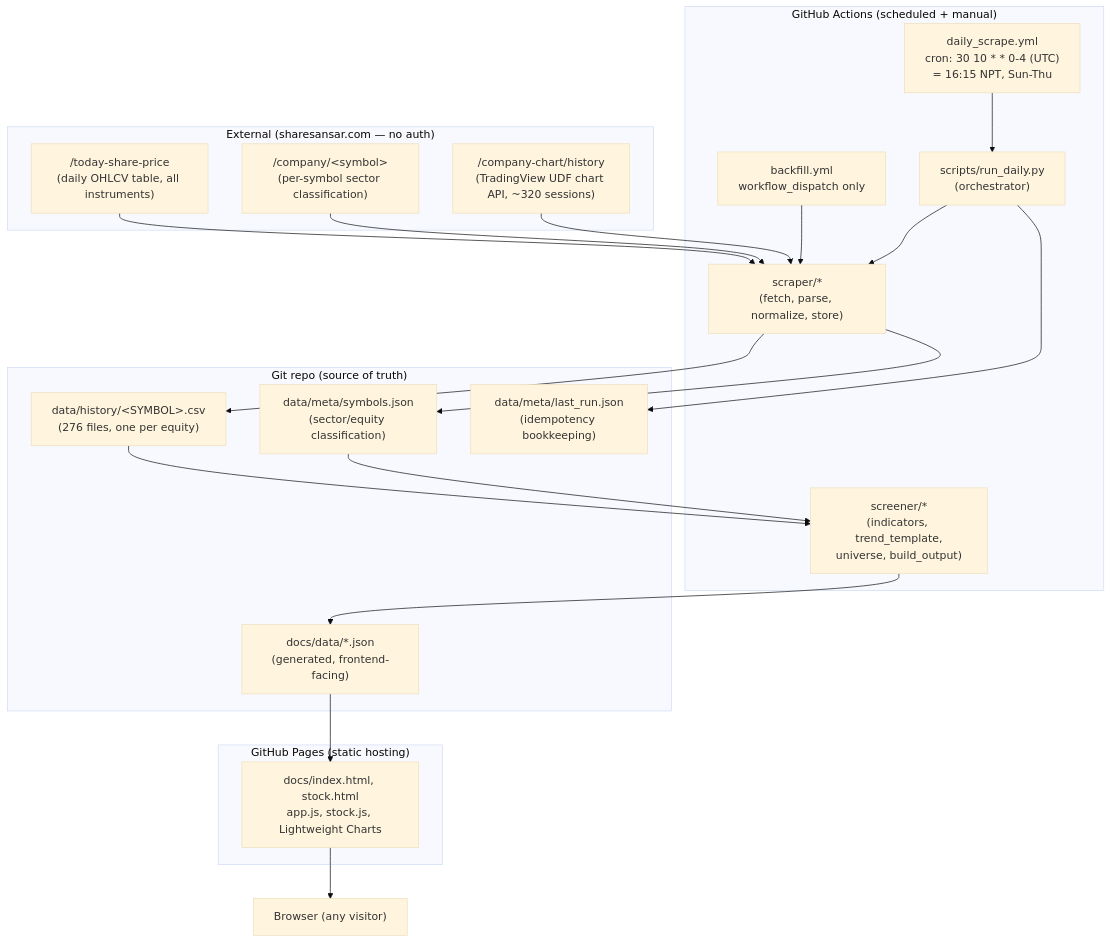
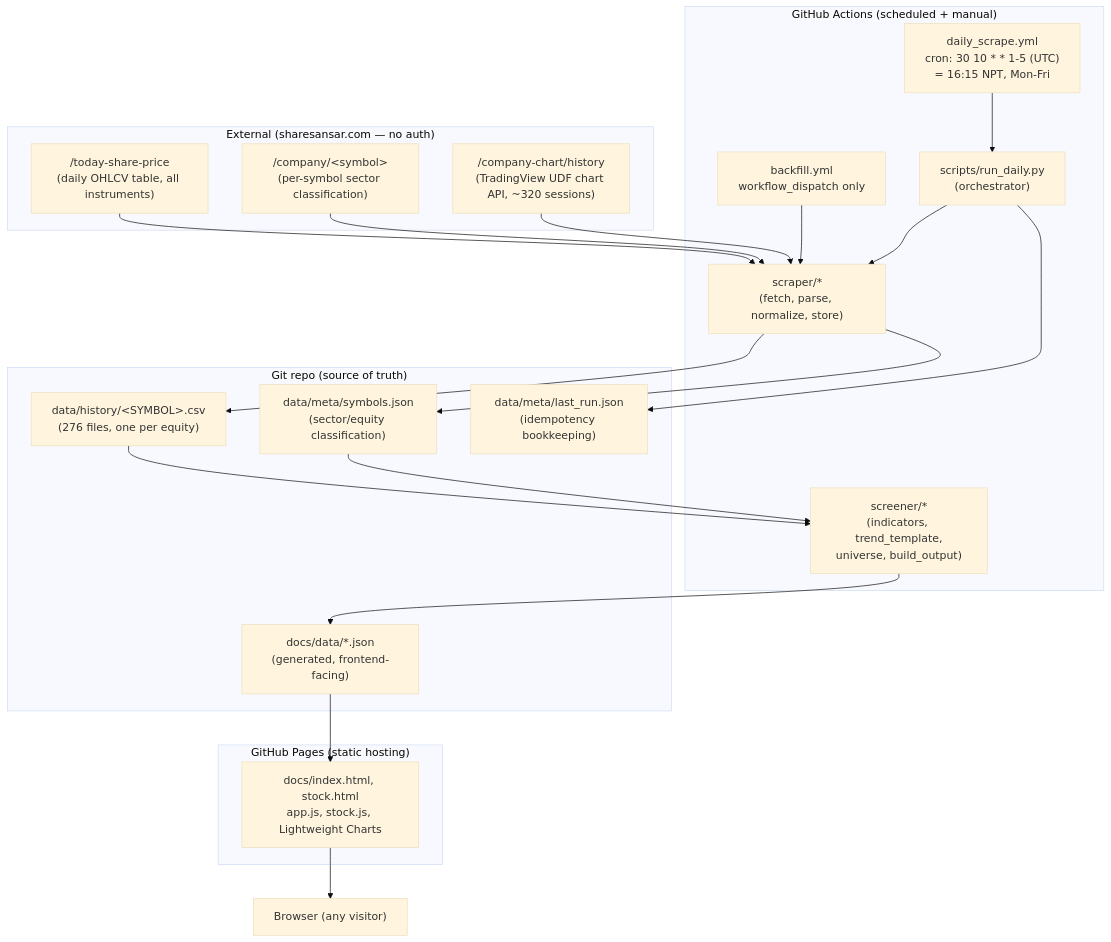
Before and after one commit to Sujangyawali/nepse-stage2-screener: the first of 2 diagrams in TECHNICAL_DESIGN.md, drawn with Mermaid (base theme). The commit also changed other lines of this file and 17 other files, not shown here.

First line of the commit message:
Add Setups & Breakouts tab (VCP detection); run daily job Mon-Fri

````diff
--- a/TECHNICAL_DESIGN.md
+++ b/TECHNICAL_DESIGN.md
@@ -31,43 +31,43 @@
 ```mermaid
 flowchart TB
     subgraph External["External (sharesansar.com — no auth)"]
         A1["/today-share-price\n(daily OHLCV table, all instruments)"]
         A2["/company/&lt;symbol&gt;\n(per-symbol sector classification)"]
         A3["/company-chart/history\n(TradingView UDF chart API, ~320 sessions)"]
     end
 
     subgraph CI["GitHub Actions (scheduled + manual)"]
-        B1["daily_scrape.yml\ncron: 30 10 * * 0-4 (UTC)\n= 16:15 NPT, Sun-Thu"]
+        B1["daily_scrape.yml\ncron: 30 10 * * 1-5 (UTC)\n= 16:15 NPT, Mon-Fri"]
         B2["backfill.yml\nworkflow_dispatch only"]
         C["scripts/run_daily.py\n(orchestrator)"]
         D["scraper/*\n(fetch, parse, normalize, store)"]
         E["screener/*\n(indicators, trend_template,\nuniverse, build_output)"]
     end
 
     subgraph Repo["Git repo (source of truth)"]
         F1["data/history/&lt;SYMBOL&gt;.csv\n(276 files, one per equity)"]
         F2["data/meta/symbols.json\n(sector/equity classification)"]
         F3["data/meta/last_run.json\n(idempotency bookkeeping)"]
         F4["docs/data/*.json\n(generated, frontend-facing)"]
     end
 
     subgraph Pages["GitHub Pages (static hosting)"]
         G["docs/index.html, stock.html\napp.js, stock.js, Lightweight Charts"]
     end
 
     H["Browser (any visitor)"]
 
     A1 --> D
     A2 --> D
     A3 --> D
     B1 --> C
     B2 --> D
     C --> D --> F1
     D --> F2
     C --> F3
     F1 --> E
     F2 --> E
     E --> F4
     F4 --> G
     G --> H
 ```
````
